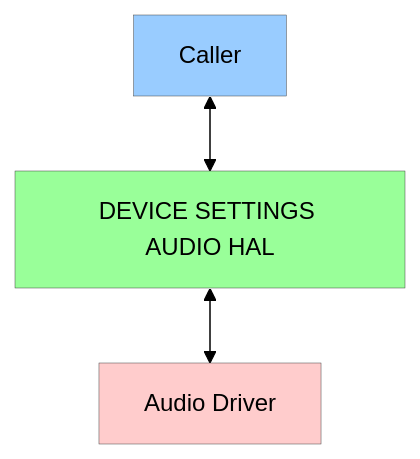
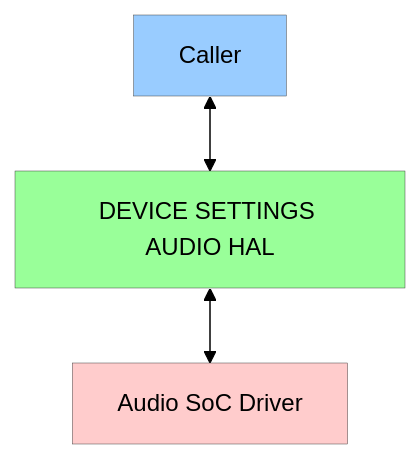
The first of 2 diagrams in docs/pages/ds-audio_halSpec.md (rdkcentral/rdk-halif-device_settings), drawn with Mermaid before and after one commit. The commit also changed other lines of this file, not shown here.

````diff
--- a/docs/pages/ds-audio_halSpec.md
+++ b/docs/pages/ds-audio_halSpec.md
@@ -65,9 +67,9 @@
 ```mermaid
 %%{ init : { "theme" : "forest", "flowchart" : { "curve" : "linear" }}}%%
 flowchart TD
 y[Caller]<-->x[DEVICE SETTINGS AUDIO HAL];
-x[DEVICE SETTINGS AUDIO HAL]<-->z[Audio Driver];
+x[DEVICE SETTINGS AUDIO HAL]<-->z[Audio SoC Driver];
 style y fill:#99CCFF,stroke:#333,stroke-width:0.3px,align:left
 style z fill:#fcc,stroke:#333,stroke-width:0.3px,align:left
 style x fill:#9f9,stroke:#333,stroke-width:0.3px,align:left
  ```
````
